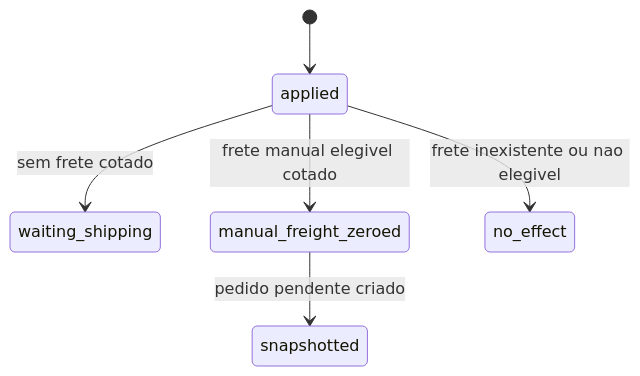
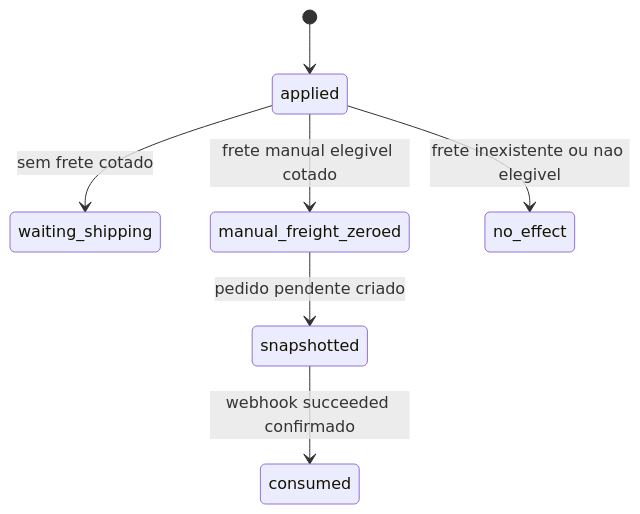
Before and after one commit to Ald3b4r4n/triadenext: the eighth of 9 diagrams in _reversa_sdd/state-machines.md, drawn with Mermaid. The commit also changed other lines of this file and 9 other files, not shown here.

````diff
--- a/_reversa_sdd/state-machines.md
+++ b/_reversa_sdd/state-machines.md
@@ -110,8 +164,9 @@
 ```mermaid
 stateDiagram-v2
   [*] --> applied
   applied --> waiting_shipping: sem frete cotado
   applied --> manual_freight_zeroed: frete manual elegivel cotado
   applied --> no_effect: frete inexistente ou nao elegivel
   manual_freight_zeroed --> snapshotted: pedido pendente criado
+  snapshotted --> consumed: webhook succeeded confirmado
 ```
````
